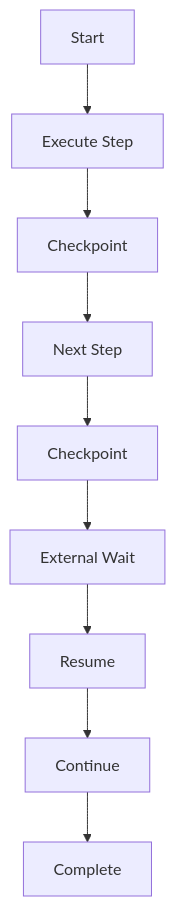
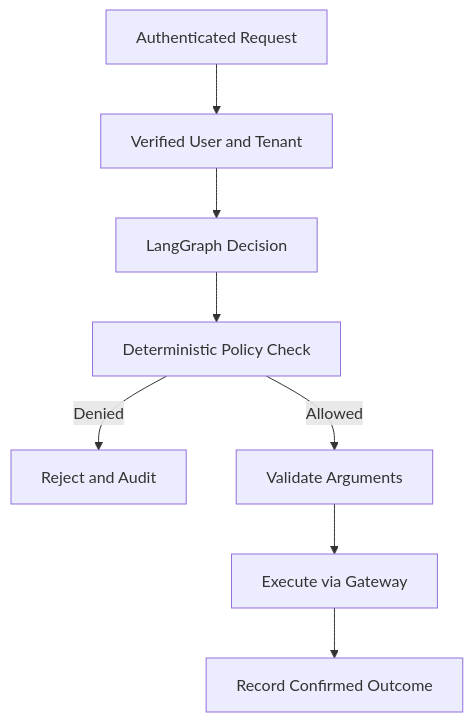
Before and after one commit to MihirKJha/enterprise-ai-engineering-handbook: the third of 4 diagrams in docs/08-ai-engineering-frameworks/langgraph/25-langgraph-production-patterns.md, drawn with Mermaid. The commit also changed other lines of this file and 10 other files, not shown here.

````diff
--- a/docs/08-ai-engineering-frameworks/langgraph/25-langgraph-production-patterns.md
+++ b/docs/08-ai-engineering-frameworks/langgraph/25-langgraph-production-patterns.md
@@ -575,19 +174,10 @@
 ```mermaid
 flowchart TD
-
-    A[Start] --> B[Execute Step]
-
-    B --> C[Checkpoint]
-
-    C --> D[Next Step]
-
-    D --> E[Checkpoint]
-
-    E --> F[External Wait]
-
-    F --> G[Resume]
-
-    G --> H[Continue]
-
-    H --> I[Complete]
+    R[Authenticated Request] --> T[Verified User and Tenant]
+    T --> G[LangGraph Decision]
+    G --> P[Deterministic Policy Check]
+    P -->|Denied| D[Reject and Audit]
+    P -->|Allowed| V[Validate Arguments]
+    V --> X[Execute via Gateway]
+    X --> A[Record Confirmed Outcome]
 ```
````
